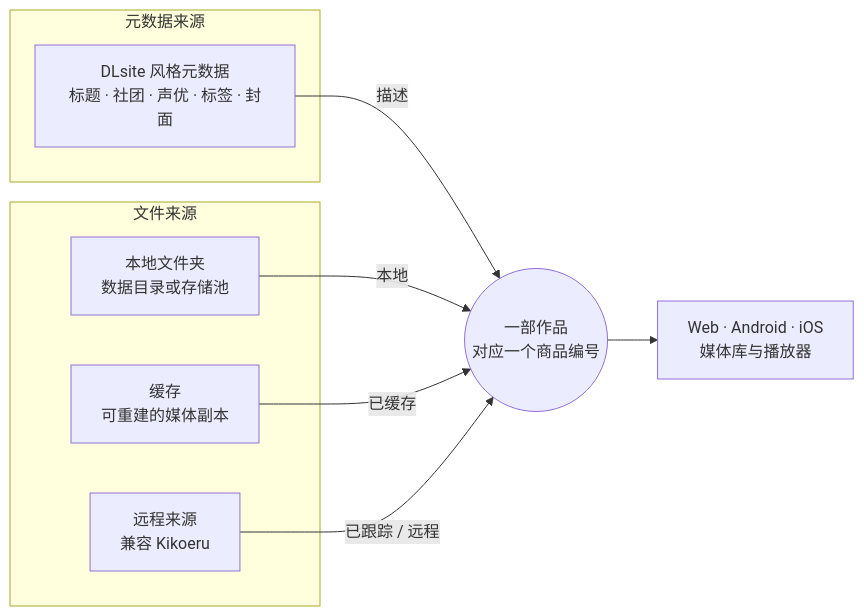
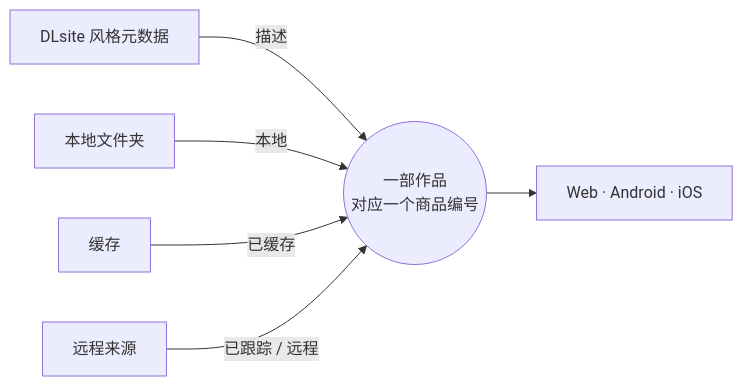
One commit to yexca/kikoto changed the diagram in docs/readme/README.zh-Hans.md. Above: the diagram before and after it, drawn with Mermaid. The commit also changed other lines of this file and 21 other files, not shown here.

````diff
--- a/docs/readme/README.zh-Hans.md
+++ b/docs/readme/README.zh-Hans.md
@@ -116,18 +77,8 @@
 ```mermaid
 flowchart LR
-  subgraph Metadata["元数据来源"]
-    MD["DLsite 风格元数据<br/>标题 · 社团 · 声优 · 标签 · 封面"]
-  end
-
-  subgraph Files["文件来源"]
-    LF["本地文件夹<br/>数据目录或存储池"]
-    CA["缓存<br/>可重建的媒体副本"]
-    RS["远程来源<br/>兼容 Kikoeru"]
-  end
-
-  MD -- 描述 --> W(("一部作品<br/>对应一个商品编号"))
-  LF -- 本地 --> W
-  CA -- 已缓存 --> W
-  RS -- "已跟踪 / 远程" --> W
-  W --> UI["Web · Android · iOS<br/>媒体库与播放器"]
+  MD["DLsite 风格元数据"] -- 描述 --> W(("一部作品<br/>对应一个商品编号"))
+  LF["本地文件夹"] -- 本地 --> W
+  CA["缓存"] -- 已缓存 --> W
+  RS["远程来源"] -- "已跟踪 / 远程" --> W
+  W --> UI["Web · Android · iOS"]
 ```
````
